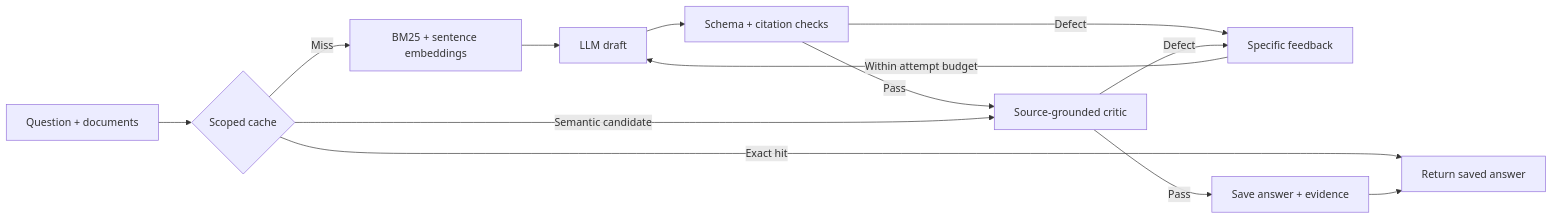
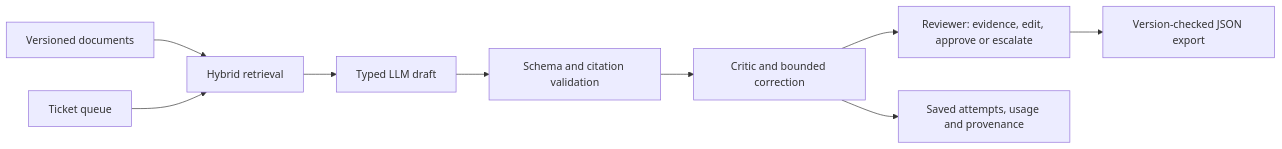
Before and after one commit to HXRIkumar/AgentProof: the diagram in README.md, drawn with Mermaid. The commit also changed other lines of this file and 14 other files, not shown here.

````diff
--- a/README.md
+++ b/README.md
@@ -11,15 +57,11 @@
 ```mermaid
 flowchart LR
-    Q[Question + documents] --> C{Scoped cache}
-    C -->|Exact hit| A[Return saved answer]
-    C -->|Miss| R[BM25 + sentence embeddings]
-    R --> G[LLM draft]
-    G --> V[Schema + citation checks]
-    V -->|Pass| J[Source-grounded critic]
-    V -->|Defect| F[Specific feedback]
-    J -->|Defect| F
-    F -->|Within attempt budget| G
-    J -->|Pass| S[Save answer + evidence]
-    S --> A
-    C -->|Semantic candidate| J
+    D[Versioned documents] --> R[Hybrid retrieval]
+    T[Ticket queue] --> R
+    R --> G[Typed LLM draft]
+    G --> V[Schema and citation validation]
+    V --> C[Critic and bounded correction]
+    C --> H[Reviewer: evidence, edit, approve or escalate]
+    H --> E[Version-checked JSON export]
+    C --> A[Saved attempts, usage and provenance]
 ```
````
